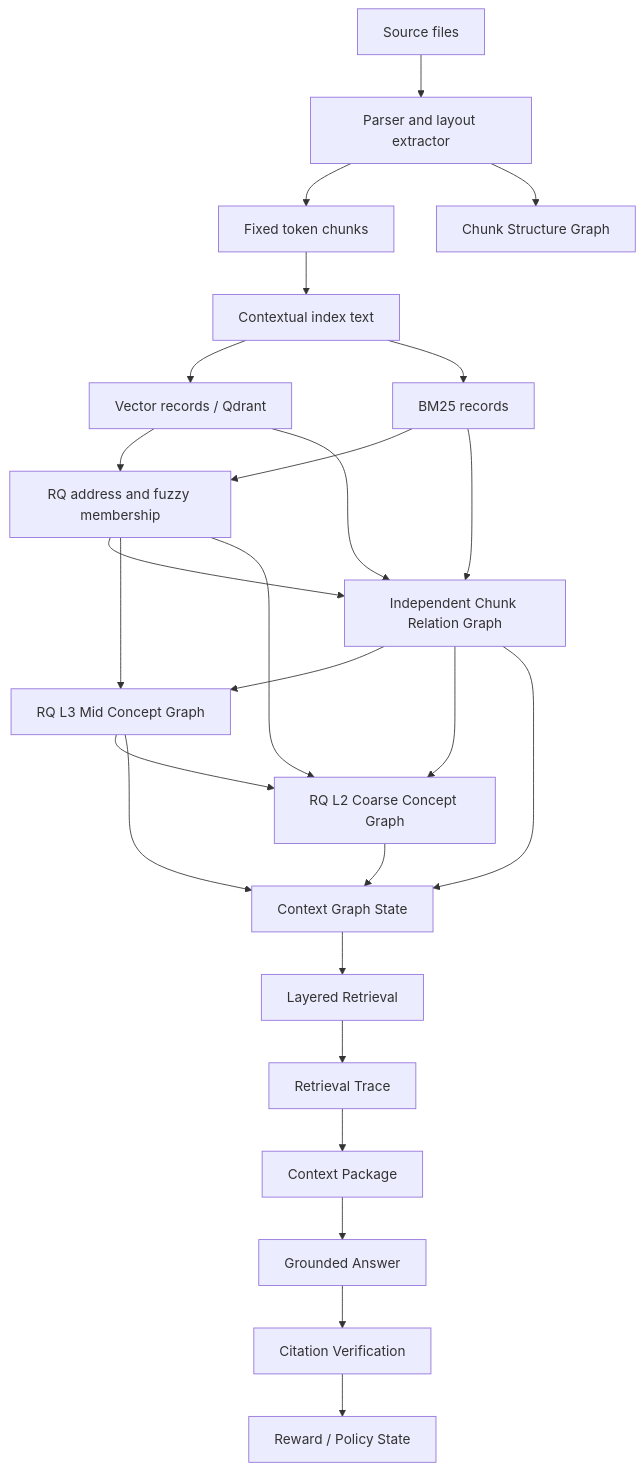
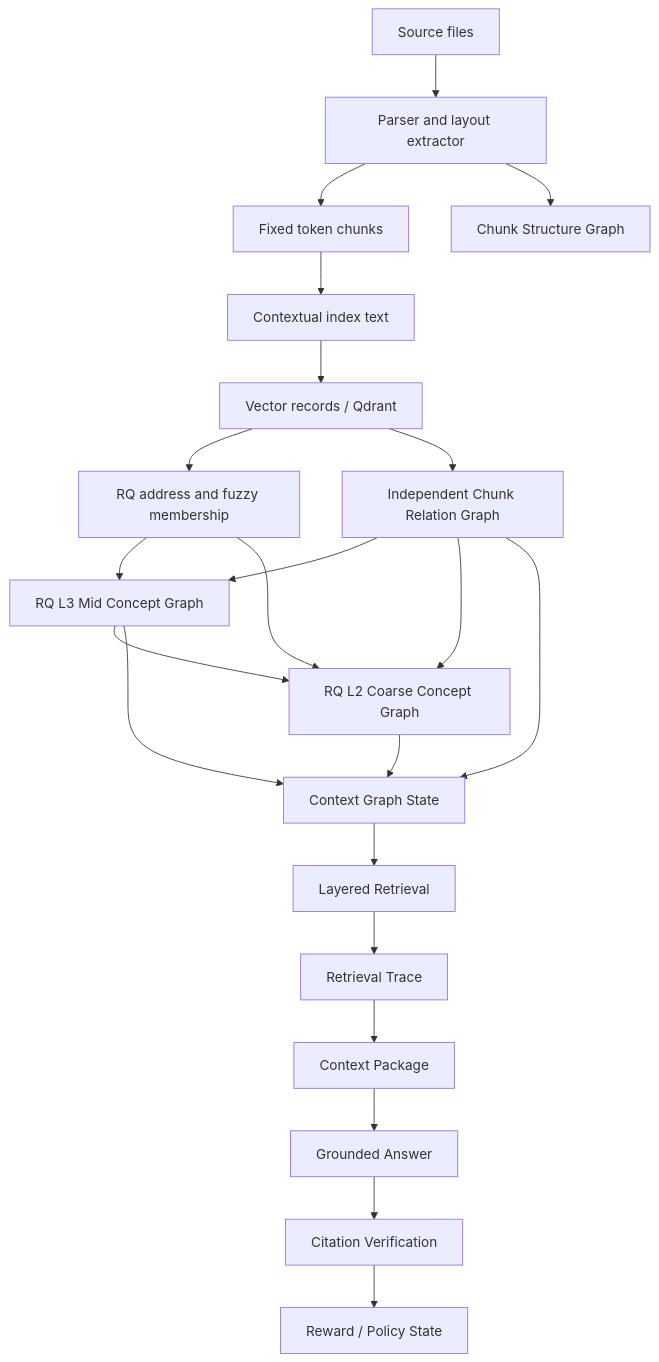
Before and after one commit to Sggggt/SymboGraph: the first of 11 diagrams in docs/technical-spec.md, drawn with Mermaid. The commit also changed other lines of this file and 53 other files, not shown here.

Commit message:
v1.4.1 beta: 使用动态KNN算法构建底层图谱，分层图谱检索修复了预算不均匀的问题，取消了重排序功能

````diff
--- a/docs/technical-spec.md
+++ b/docs/technical-spec.md
@@ -123,28 +123,24 @@
 ```mermaid
 flowchart TB
     F["Source files"] --> P["Parser and layout extractor"]
     P --> C["Fixed token chunks"]
     P --> S["Chunk Structure Graph"]
     C --> X["Contextual index text"]
     X --> V["Vector records / Qdrant"]
-    X --> B["BM25 records"]
     V --> RQ["RQ address and fuzzy membership"]
-    B --> RQ
     V --> R["Independent Chunk Relation Graph"]
-    B --> R
-    RQ --> R
     RQ --> M["RQ L3 Mid Concept Graph"]
     R --> M
     RQ --> K["RQ L2 Coarse Concept Graph"]
     M --> K
     R --> K
     R --> CG["Context Graph State"]
     M --> CG
     K --> CG
     CG --> L["Layered Retrieval"]
     L --> T["Retrieval Trace"]
     T --> CP["Context Package"]
     CP --> A["Grounded Answer"]
     A --> CV["Citation Verification"]
     CV --> RW["Reward / Policy State"]
 ```
````
